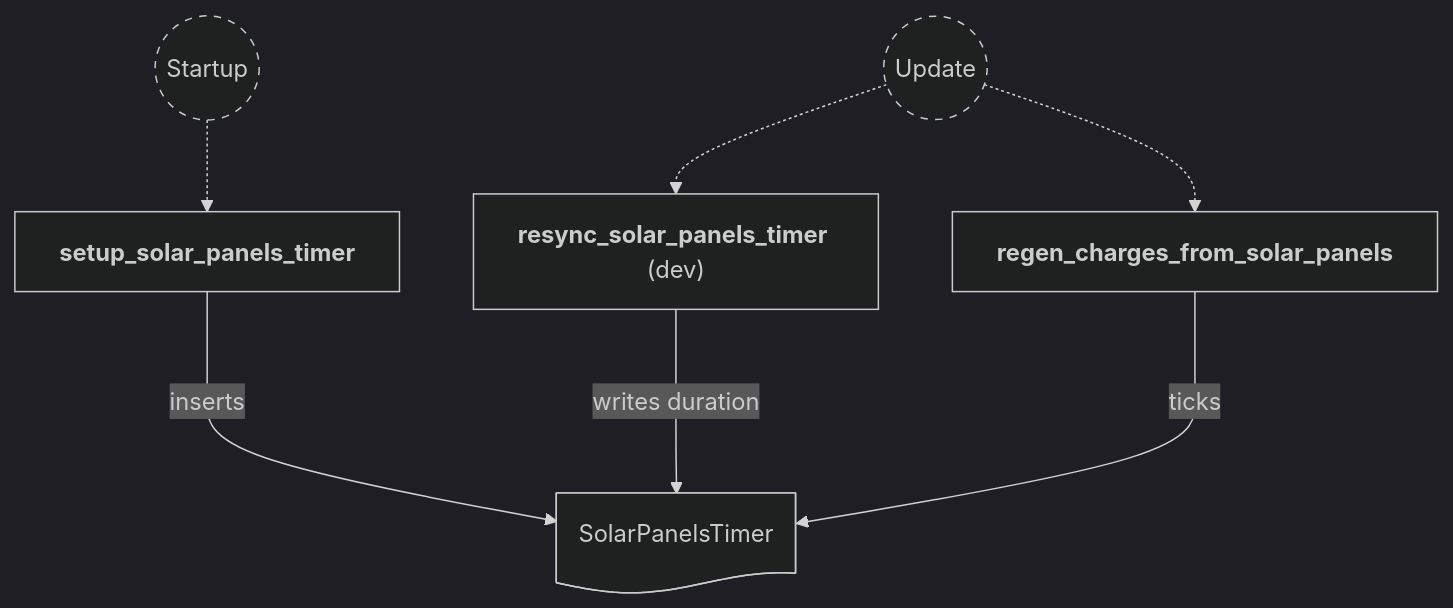
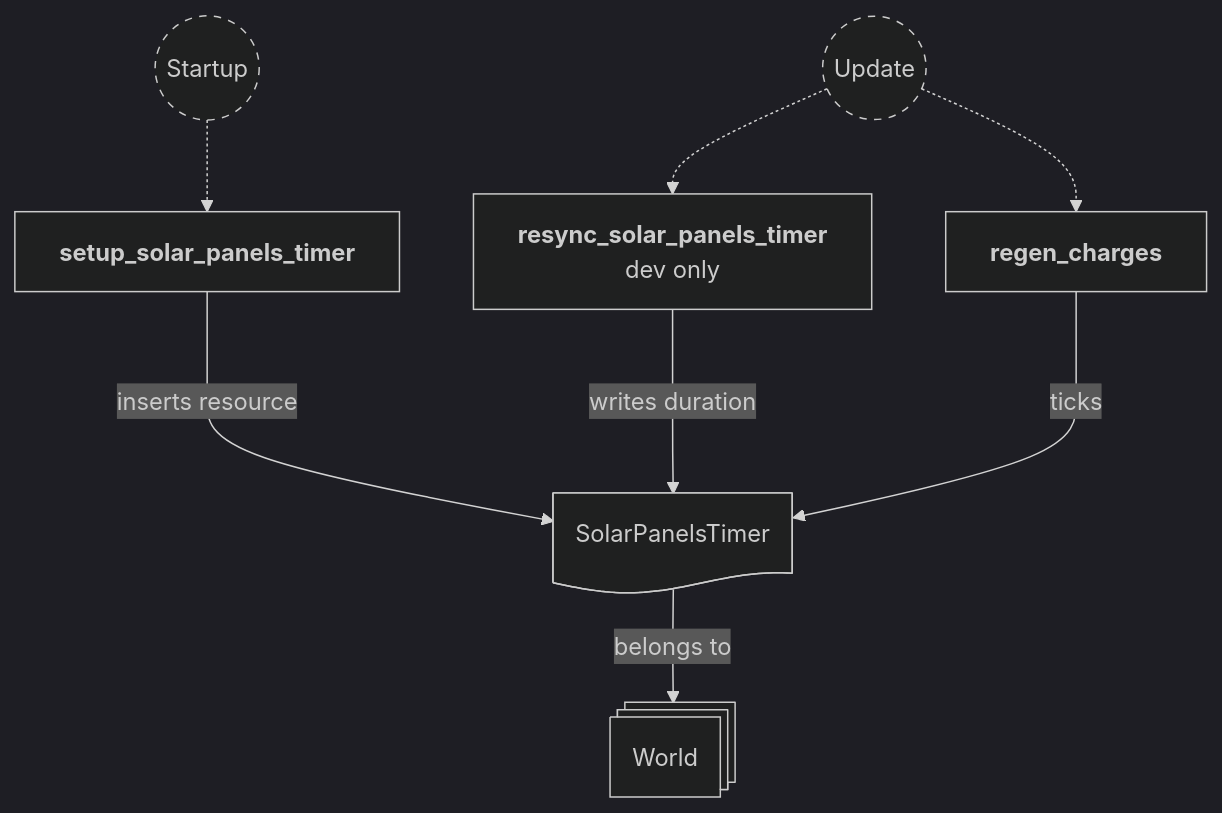
Before and after one commit to neurosoup/tyled: the second of 6 diagrams in backlog/docs/doc-23 - 021-Charge-plugin.md, drawn with Mermaid. The commit also changed other lines of this file and 2 other files, not shown here.

Commit message:
Docs: update doc-23 charge plugin; rename regen_charges_from_solar_panels to regen_charges

````diff
--- a/backlog/docs/doc-23 - 021-Charge-plugin.md
+++ b/backlog/docs/doc-23 - 021-Charge-plugin.md
@@ -100,25 +93,29 @@
 ```mermaid
 ---
 config:
   theme: dark
 ---
 
 flowchart TD
 classDef system-group stroke-dasharray: 5 5
 
 startup(("`Startup`")):::system-group
 update(("`Update`")):::system-group
-setup_timer["`**setup_solar_panels_timer**`"]
-resync_timer["`**resync_solar_panels_timer** (dev)`"]
-regen["`**regen_charges_from_solar_panels**`"]
+setup_solar_panels_timer["`**setup_solar_panels_timer**`"]
+resync_solar_panels_timer["`**resync_solar_panels_timer**
+dev only`"]
+regen["`**regen_charges**`"]
 
-startup -.-> setup_timer
-update -.-> resync_timer
+startup -.-> setup_solar_panels_timer
+update -.-> resync_solar_panels_timer
 update -.-> regen
 
+world@{ shape: st-rect, label: "World" }
 timer_res@{ shape: doc, label: "SolarPanelsTimer" }
 
-setup_timer ---> |inserts| timer_res
-resync_timer ---> |writes duration| timer_res
+timer_res --> |belongs to| world
+
+setup_solar_panels_timer ---> |inserts resource| timer_res
+resync_solar_panels_timer ---> |writes duration| timer_res
 regen ---> |ticks| timer_res
 ```
````
